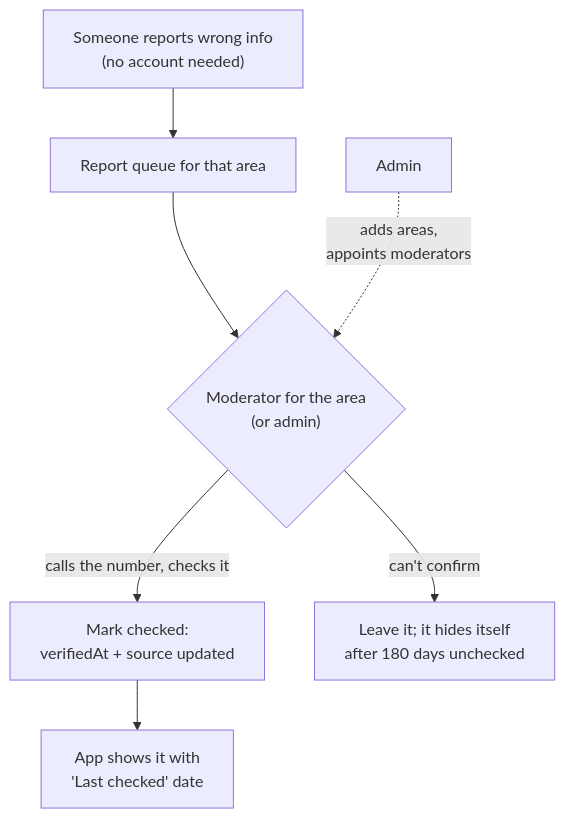
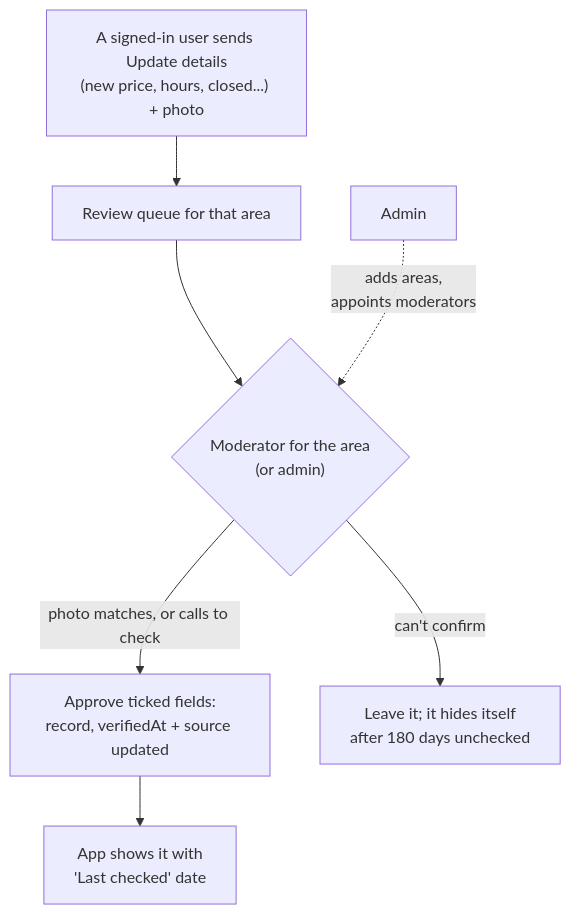
The second of 4 diagrams in docs/WORKFLOW.md (gitpushfrances/bulig), drawn with Mermaid before and after one commit. The commit also changed other lines of this file and 5 other files, not shown here.

````diff
--- a/docs/WORKFLOW.md
+++ b/docs/WORKFLOW.md
@@ -36,9 +38,9 @@
 ```mermaid
 flowchart TD
-  R["Someone reports wrong info\n(no account needed)"] --> Q["Report queue for that area"]
+  R["A signed-in user sends Update details\n(new price, hours, closed...) + photo"] --> Q["Review queue for that area"]
   Q --> MOD{"Moderator for the area\n(or admin)"}
-  MOD -- "calls the number, checks it" --> V["Mark checked:\nverifiedAt + source updated"]
+  MOD -- "photo matches, or calls to check" --> V["Approve ticked fields:\nrecord, verifiedAt + source updated"]
   MOD -- "can't confirm" --> H["Leave it; it hides itself\nafter 180 days unchecked"]
   V --> APP["App shows it with\n'Last checked' date"]
   ADM["Admin"] -. "adds areas,\nappoints moderators" .-> MOD
 ```
````
